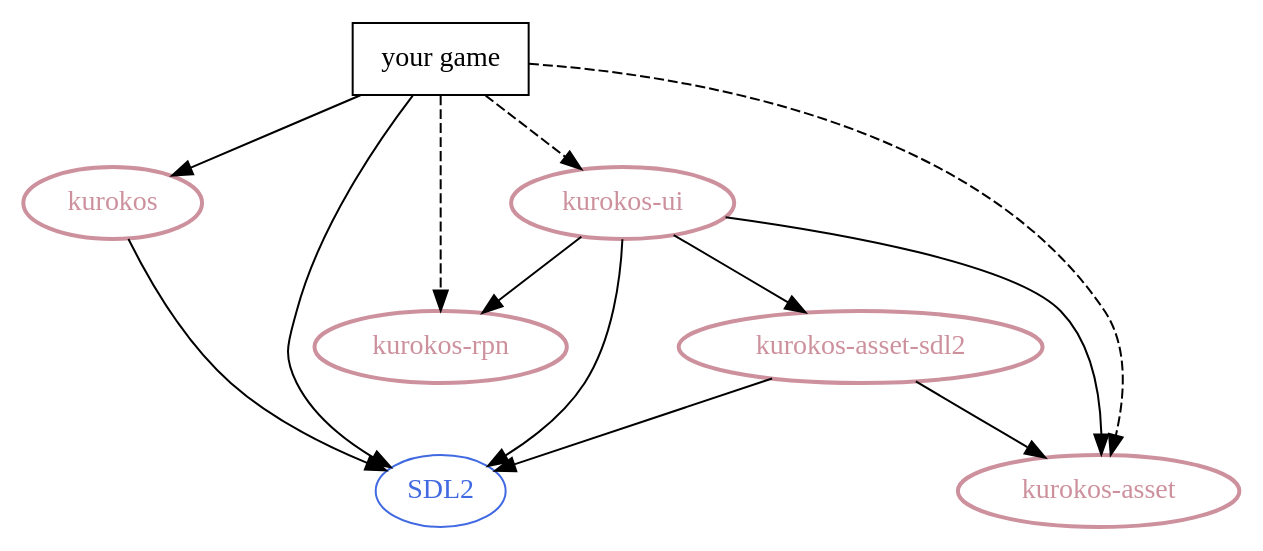
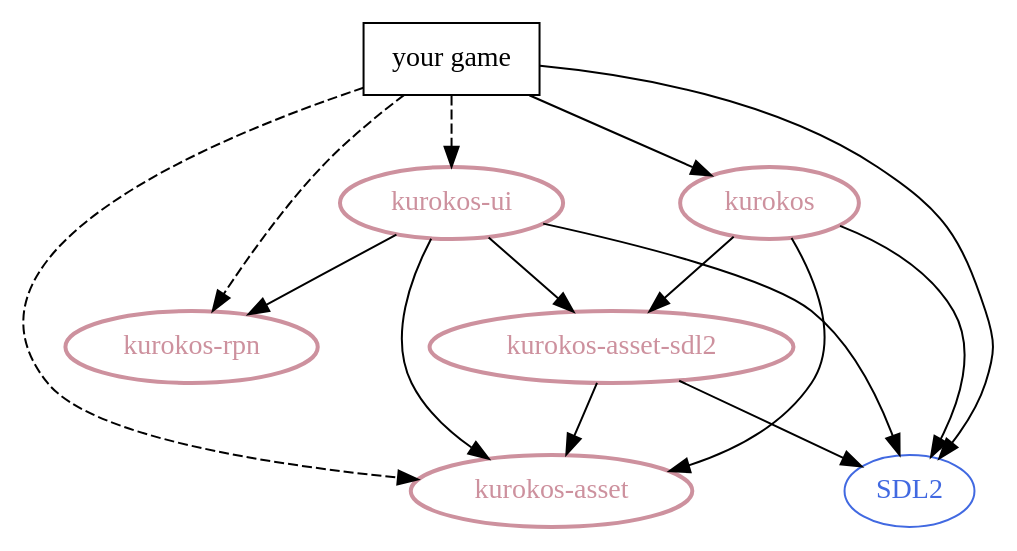
One commit to masatoko/kurokos changed the diagram in doc/depend.gv. Above: the diagram before and after it, drawn with Graphviz. The commit also changed 5 other files, not shown here.

```diff
--- a/doc/depend.gv
+++ b/doc/depend.gv
@@ -1,27 +1,29 @@
 digraph {
   node [
     fontname = "Ubuntu",
   ]
 
   kurokos       [style = bold, color = pink3, fontcolor = pink3]
   "kurokos-ui"  [style = bold, color = pink3, fontcolor = pink3]
   "kurokos-rpn" [style = bold, color = pink3, fontcolor = pink3]
   "kurokos-asset" [style = bold, color = pink3, fontcolor = pink3]
   "kurokos-asset-sdl2" [style = bold, color = pink3, fontcolor = pink3]
   "your game"   [shape = box, color = black]
   SDL2          [color = royalblue, fontcolor = royalblue]
 
   "your game" -> kurokos
   "your game" -> "kurokos-ui" [style = dashed]
   "your game" -> "kurokos-rpn" [style = dashed]
   "your game" -> "kurokos-asset" [style = dashed]
   "your game" -> SDL2
 
   kurokos -> SDL2
+  kurokos -> "kurokos-asset"
+  kurokos -> "kurokos-asset-sdl2"
   "kurokos-asset-sdl2" -> "kurokos-asset"
   "kurokos-asset-sdl2" -> SDL2
   "kurokos-ui" -> "kurokos-rpn"
   "kurokos-ui" -> "kurokos-asset"
   "kurokos-ui" -> "kurokos-asset-sdl2"
   "kurokos-ui" -> SDL2
 }
```
